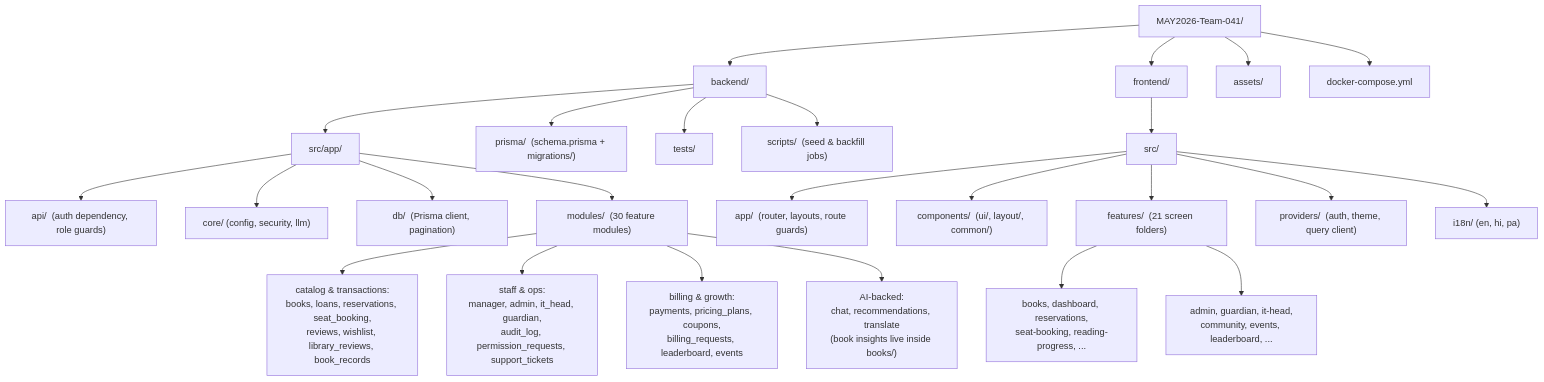
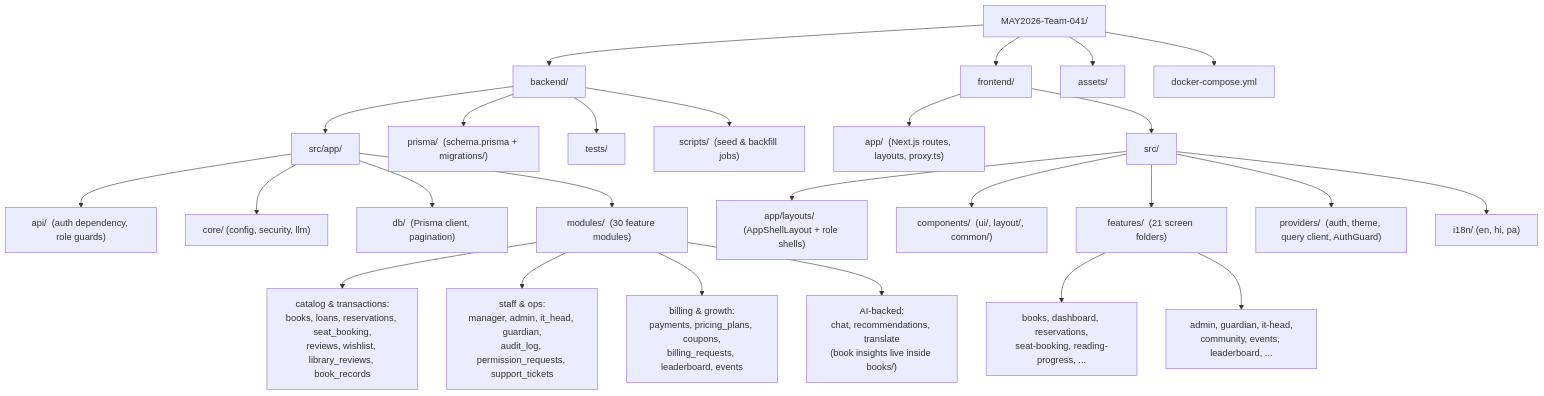
One commit to 21f1001805/Library_management changed the second of 5 diagrams in README.md. Above: the diagram before and after it, drawn with Mermaid. The commit also changed other lines of this file and 416 other files, not shown here.

````diff
--- a/README.md
+++ b/README.md
@@ -113,33 +113,34 @@
 ```mermaid
 flowchart TD
     Root["MAY2026-Team-041/"]
     Root --> Backend["backend/"]
     Root --> Frontend["frontend/"]
     Root --> Assets["assets/"]
     Root --> Compose["docker-compose.yml"]
 
     Backend --> BApp["src/app/"]
     Backend --> BPrisma["prisma/  (schema.prisma + migrations/)"]
     Backend --> BTests["tests/"]
     Backend --> BScripts["scripts/  (seed &amp; backfill jobs)"]
 
     BApp --> BApi["api/  (auth dependency, role guards)"]
     BApp --> BCore["core/  (config, security, llm)"]
     BApp --> BDb["db/  (Prisma client, pagination)"]
     BApp --> BModules["modules/  (30 feature modules)"]
 
     BModules --> BM1["catalog &amp; transactions:<br/>books, loans, reservations, seat_booking,<br/>reviews, wishlist, library_reviews, book_records"]
     BModules --> BM2["staff &amp; ops:<br/>manager, admin, it_head, guardian,<br/>audit_log, permission_requests, support_tickets"]
     BModules --> BM3["billing &amp; growth:<br/>payments, pricing_plans, coupons,<br/>billing_requests, leaderboard, events"]
     BModules --> BM4["AI-backed:<br/>chat, recommendations, translate<br/>(book insights live inside books/)"]
 
+    Frontend --> FAppDir["app/  (Next.js routes, layouts, proxy.ts)"]
     Frontend --> FSrc["src/"]
-    FSrc --> FApp["app/  (router, layouts, route guards)"]
+    FSrc --> FAppLayouts["app/layouts/  (AppShellLayout + role shells)"]
     FSrc --> FComponents["components/  (ui/, layout/, common/)"]
     FSrc --> FFeatures["features/  (21 screen folders)"]
-    FSrc --> FProviders["providers/  (auth, theme, query client)"]
+    FSrc --> FProviders["providers/  (auth, theme, query client, AuthGuard)"]
     FSrc --> FI18n["i18n/  (en, hi, pa)"]
 
     FFeatures --> FF1["books, dashboard, reservations,<br/>seat-booking, reading-progress, ..."]
     FFeatures --> FF2["admin, guardian, it-head,<br/>community, events, leaderboard, ..."]
 ```
````
